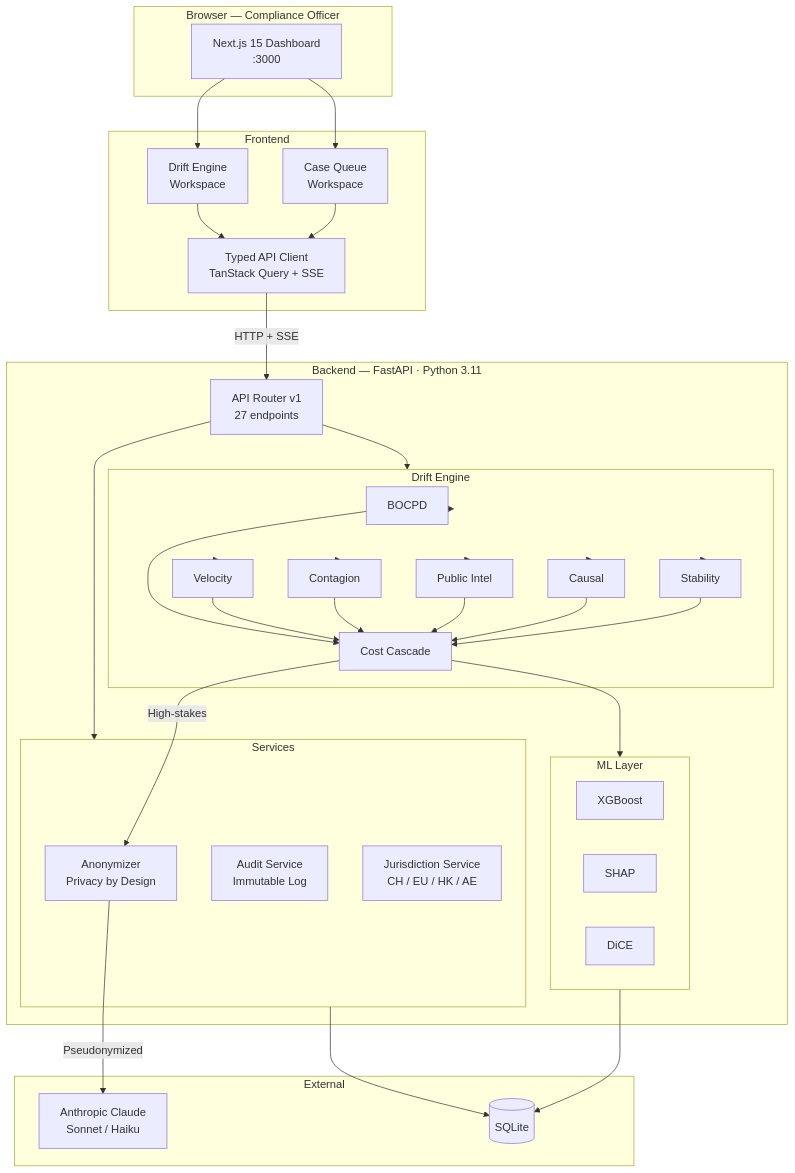
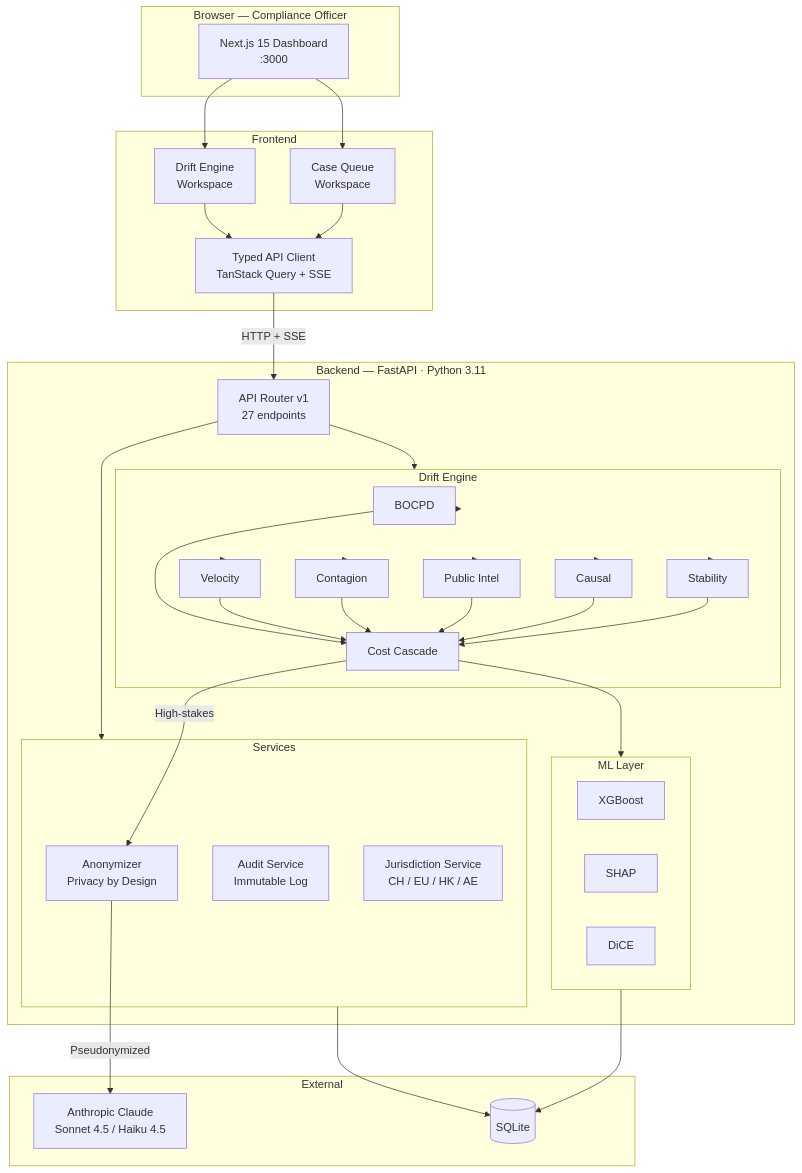
Before and after one commit to SteveDok22/Swisshacks-2026: the first of 4 diagrams in docs/architecture.md, drawn with Mermaid. The commit also changed other lines of this file and 11 other files, not shown here.

````diff
--- a/docs/architecture.md
+++ b/docs/architecture.md
@@ -5,54 +5,54 @@
 ```mermaid
 flowchart TB
     subgraph Browser["Browser — Compliance Officer"]
         UI[Next.js 15 Dashboard\n:3000]
     end
 
     subgraph FE["Frontend"]
         DriftWS[Drift Engine\nWorkspace]
         CaseWS[Case Queue\nWorkspace]
         APIClient[Typed API Client\nTanStack Query + SSE]
     end
 
     subgraph BE["Backend — FastAPI · Python 3.11"]
         Router[API Router v1\n27 endpoints]
 
         subgraph Svcs["Services"]
             AnonSvc[Anonymizer\nPrivacy by Design]
             AuditSvc[Audit Service\nImmutable Log]
             JurisSvc[Jurisdiction Service\nCH / EU / HK / AE]
         end
 
         subgraph DE["Drift Engine"]
             BOCPD[BOCPD]
             Vel[Velocity]
             Con[Contagion]
             PI[Public Intel]
             Caus[Causal]
             Stab[Stability]
             Casc[Cost Cascade]
         end
 
         subgraph ML["ML Layer"]
             XGB[XGBoost]
             SHAP[SHAP]
             DiCE[DiCE]
         end
     end
 
     subgraph Ext["External"]
-        Claude["Anthropic Claude\nSonnet / Haiku"]
+        Claude["Anthropic Claude\nSonnet 4.5 / Haiku 4.5"]
         DB[(SQLite)]
     end
 
     UI --> DriftWS & CaseWS
     DriftWS & CaseWS --> APIClient
     APIClient -->|HTTP + SSE| Router
     Router --> Svcs & DE
     DE --> BOCPD & Vel & Con & PI & Caus & Stab
     BOCPD & Vel & Con & PI & Caus & Stab --> Casc
     Casc --> ML
     Casc -->|High-stakes| AnonSvc
     AnonSvc -->|Pseudonymized| Claude
     Svcs & ML --> DB
 ```
````
